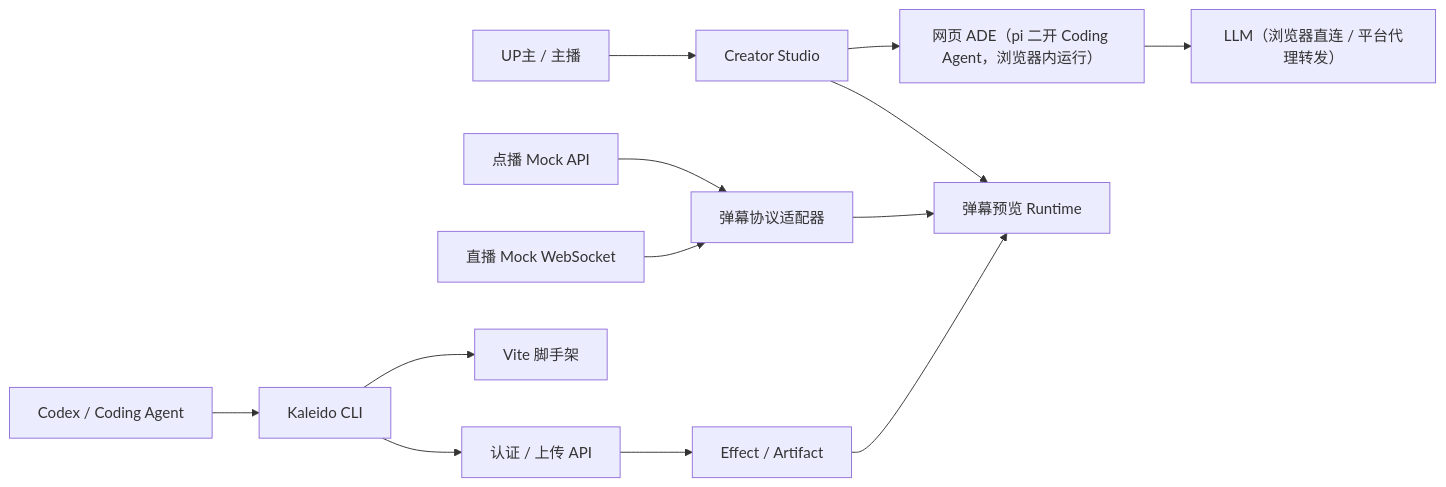
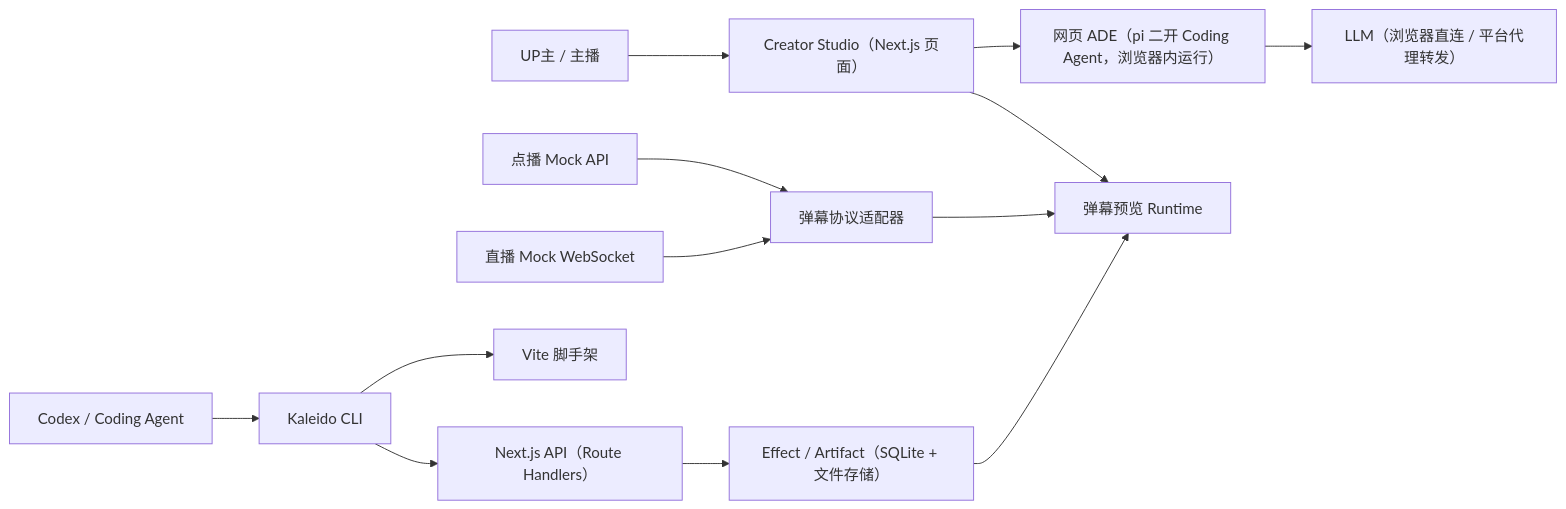
Before and after one commit to ji233-Sun/kaleidodanmu: the diagram in docs/bilibili-kaleidoscope-danmaku-technical-plan.md, drawn with Mermaid. The commit also changed other lines of this file and 2 other files, not shown here.

````diff
--- a/docs/bilibili-kaleidoscope-danmaku-technical-plan.md
+++ b/docs/bilibili-kaleidoscope-danmaku-technical-plan.md
@@ -13,17 +13,17 @@
 ```mermaid
 flowchart LR
-    Creator["UP主 / 主播"] --> Studio["Creator Studio"]
+    Creator["UP主 / 主播"] --> Studio["Creator Studio（Next.js 页面）"]
     Studio --> ADE["网页 ADE（pi 二开 Coding Agent，浏览器内运行）"]
     ADE --> LLM["LLM（浏览器直连 / 平台代理转发）"]
     Studio --> Runtime["弹幕预览 Runtime"]
 
     Vod["点播 Mock API"] --> Adapter["弹幕协议适配器"]
     Live["直播 Mock WebSocket"] --> Adapter
     Adapter --> Runtime
 
     Agent["Codex / Coding Agent"] --> CLI["Kaleido CLI"]
     CLI --> Dev["Vite 脚手架"]
-    CLI --> Platform["认证 / 上传 API"]
-    Platform --> Store["Effect / Artifact"]
+    CLI --> Platform["Next.js API（Route Handlers）"]
+    Platform --> Store["Effect / Artifact（SQLite + 文件存储）"]
     Store --> Runtime
 ```
````
